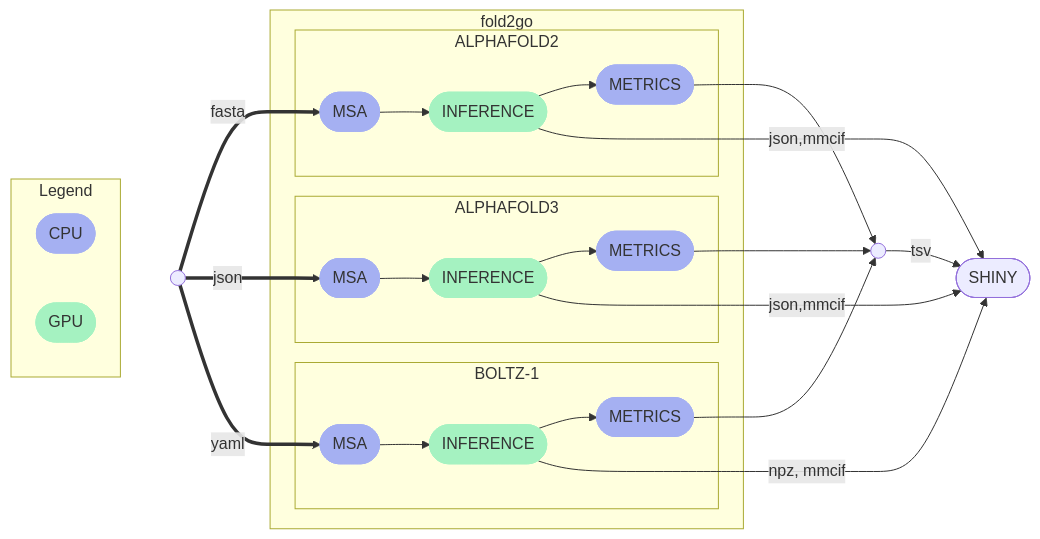
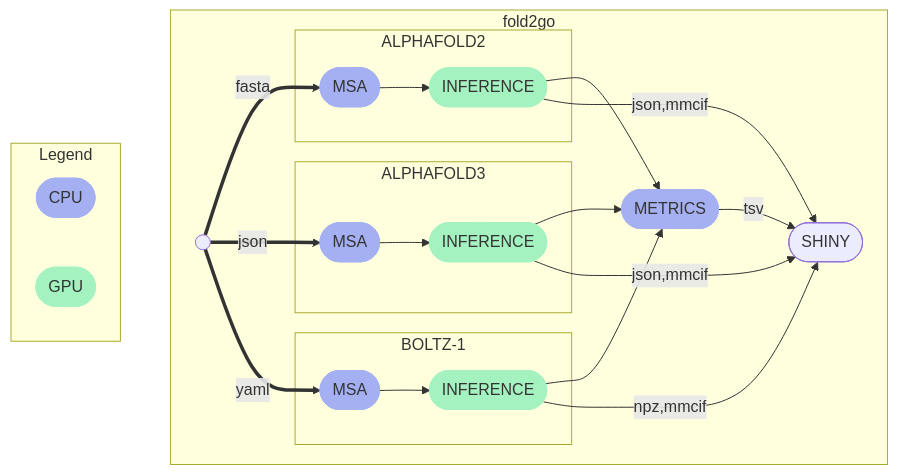
Before and after one commit to imbforge/fold2go: the diagram in README.md, drawn with Mermaid. The commit also changed other lines of this file, not shown here.

````diff
--- a/README.md
+++ b/README.md
@@ -16,44 +16,41 @@
 ```mermaid
 flowchart LR
     classDef cpu stroke:#A5B0F2,fill:#A5B0F2
     classDef gpu stroke:#A5F2C1,fill:#A5F2C1
-    subgraph fold2go
-        subgraph af2["ALPHAFOLD2"]
-            v11([MSA]):::cpu
-            v12([INFERENCE]):::gpu
-            v13([METRICS]):::cpu
-        v11 --> v12 --> v13
-        end
-        subgraph af3["ALPHAFOLD3"]
-            v21([MSA]):::cpu
-            v22([INFERENCE]):::gpu
-            v23([METRICS]):::cpu
-        v21 --> v22 --> v23
-        end
-        subgraph boltz["BOLTZ-1"]
-            v31([MSA]):::cpu
-            v32([INFERENCE]):::gpu
-            v33([METRICS]):::cpu
-        v31 --> v32 --> v33
-        end
-    end
-    v1(( ))
-    v1 ==fasta==> v11
-    v1 ==json==> v21
-    v1 ==yaml==> v31
-    v4(( ))
-    v5([SHINY])
     subgraph Legend
         l2([CPU]):::cpu
         l1([GPU]):::gpu
     end
     l1 ~~~ v1
     l2 ~~~ v1
-    v13 --> v4
-    v23 --> v4
-    v33 --> v4
+    subgraph fold2go
+        subgraph af2["ALPHAFOLD2"]
+            v11([MSA]):::cpu
+            v12([INFERENCE]):::gpu
+        v11 --> v12
+        end
+        subgraph af3["ALPHAFOLD3"]
+            v21([MSA]):::cpu
+            v22([INFERENCE]):::gpu
+        v21 --> v22
+        end
+        subgraph boltz["BOLTZ-1"]
+            v31([MSA]):::cpu
+            v32([INFERENCE]):::gpu
+        v31 --> v32
+        end
+        v12 --> v4
+        v22 --> v4
+        v32 --> v4
     v4  --tsv--> v5
     v12 --json,mmcif--> v5
     v22 --json,mmcif--> v5
-    v32 --npz, mmcif--> v5
+    v32 --npz,mmcif--> v5
+    v1(( ))
+    v1 ==fasta==> v11
+    v1 ==json==> v21
+    v1 ==yaml==> v31
+    v4([METRICS]):::cpu
+    v5([SHINY])
+    end
 ```
````
